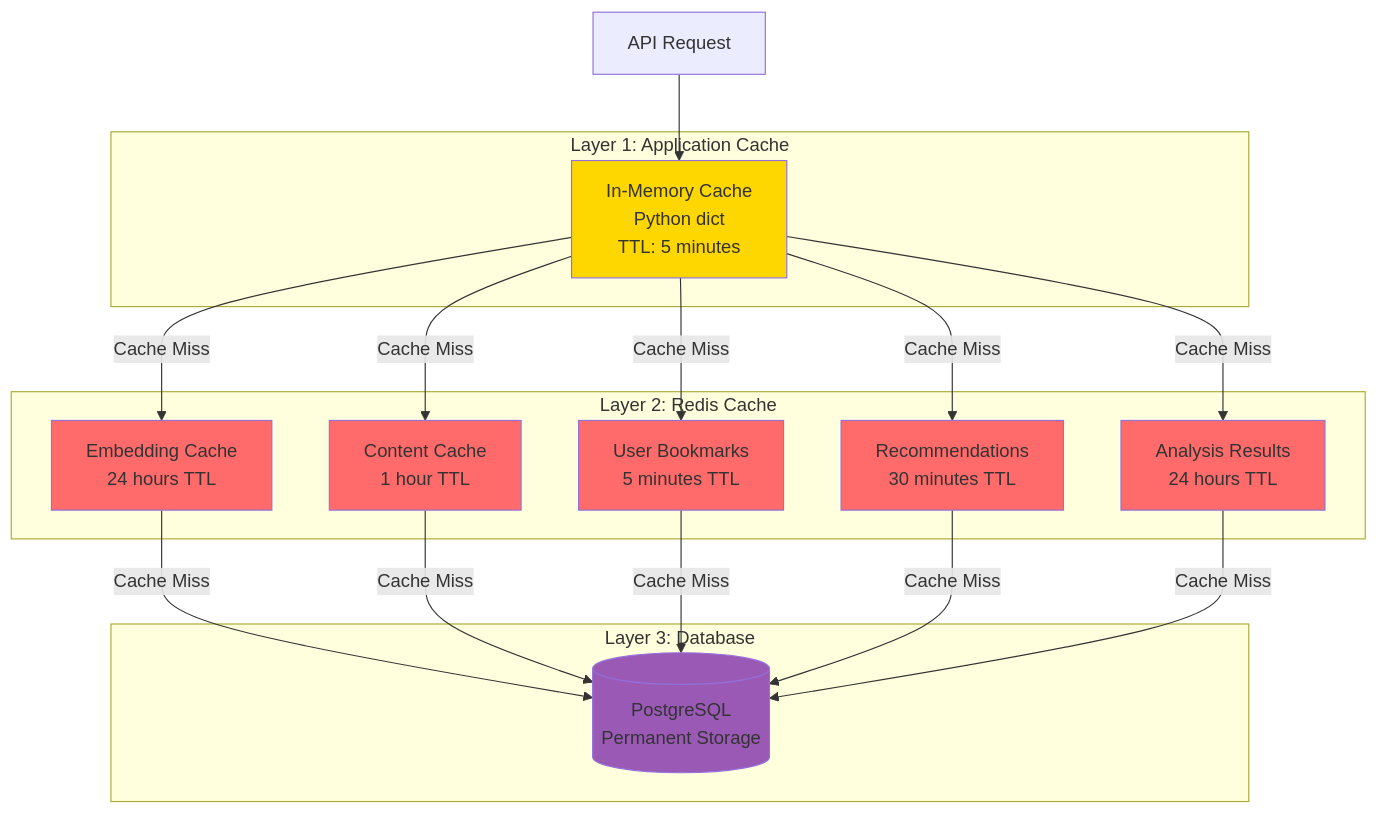
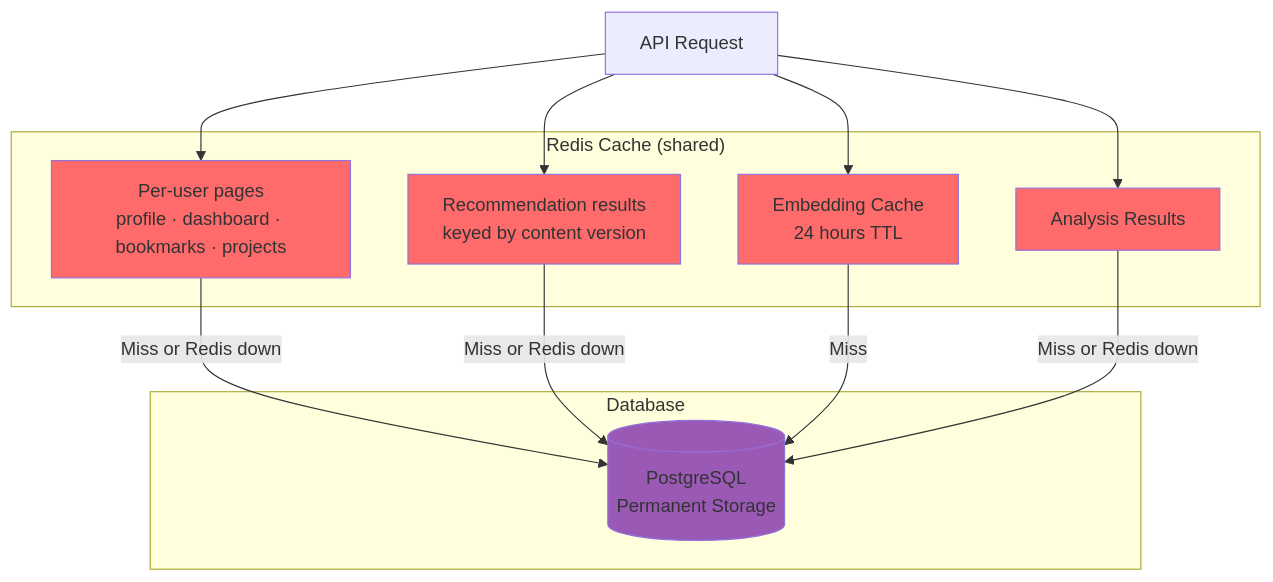
One commit to Ujjwaljain16/Fuze changed the sixth of 21 diagrams in docs/ARCHITECTURE.md. Above: the diagram before and after it, drawn with Mermaid. The commit also changed other lines of this file and 6 other files, not shown here.

First line of the commit message:
docs: architecture, API and security docs describe the code as it is

````diff
--- a/docs/ARCHITECTURE.md
+++ b/docs/ARCHITECTURE.md
@@ -463,39 +474,29 @@
 ```mermaid
 graph TB
-    subgraph "Layer 1: Application Cache"
-        InMemory[In-Memory Cache<br/>Python dict<br/>TTL: 5 minutes]
+    subgraph "Redis Cache (shared)"
+        RedisUser[Per-user pages<br/>profile · dashboard · bookmarks · projects]
+        RedisRecommendations[Recommendation results<br/>keyed by content version]
+        RedisEmbedding[Embedding Cache<br/>24 hours TTL]
+        RedisAnalysis[Analysis Results]
     end
-    
-    subgraph "Layer 2: Redis Cache"
-        RedisEmbedding[Embedding Cache<br/>24 hours TTL]
-        RedisContent[Content Cache<br/>1 hour TTL]
-        RedisUser[User Bookmarks<br/>5 minutes TTL]
-        RedisRecommendations[Recommendations<br/>30 minutes TTL]
-        RedisAnalysis[Analysis Results<br/>24 hours TTL]
-    end
-    
-    subgraph "Layer 3: Database"
+
+    subgraph "Database"
         PostgreSQL[(PostgreSQL<br/>Permanent Storage)]
     end
-    
-    Request[API Request] --> InMemory
-    InMemory -->|Cache Miss| RedisEmbedding
-    InMemory -->|Cache Miss| RedisContent
-    InMemory -->|Cache Miss| RedisUser
-    InMemory -->|Cache Miss| RedisRecommendations
-    InMemory -->|Cache Miss| RedisAnalysis
-    
-    RedisEmbedding -->|Cache Miss| PostgreSQL
-    RedisContent -->|Cache Miss| PostgreSQL
-    RedisUser -->|Cache Miss| PostgreSQL
-    RedisRecommendations -->|Cache Miss| PostgreSQL
-    RedisAnalysis -->|Cache Miss| PostgreSQL
-    
-    style InMemory fill:#ffd700
+
+    Request[API Request] --> RedisUser
+    Request --> RedisRecommendations
+    Request --> RedisEmbedding
+    Request --> RedisAnalysis
+
+    RedisUser -->|Miss or Redis down| PostgreSQL
+    RedisRecommendations -->|Miss or Redis down| PostgreSQL
+    RedisEmbedding -->|Miss| PostgreSQL
+    RedisAnalysis -->|Miss or Redis down| PostgreSQL
+
     style RedisEmbedding fill:#ff6b6b
-    style RedisContent fill:#ff6b6b
     style RedisUser fill:#ff6b6b
     style RedisRecommendations fill:#ff6b6b
     style RedisAnalysis fill:#ff6b6b
     style PostgreSQL fill:#9b59b6
 ```
````
